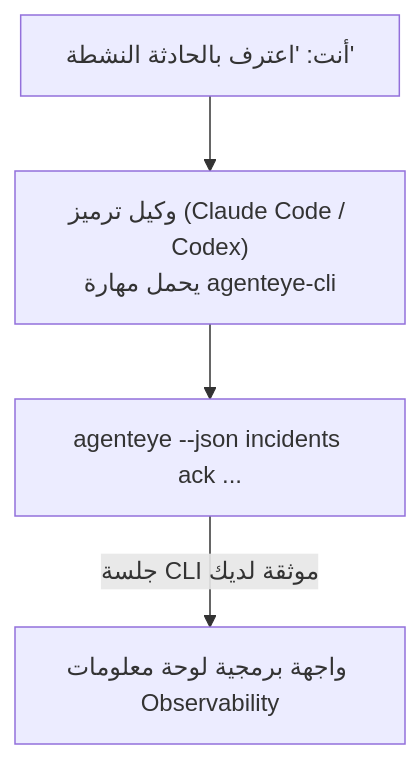
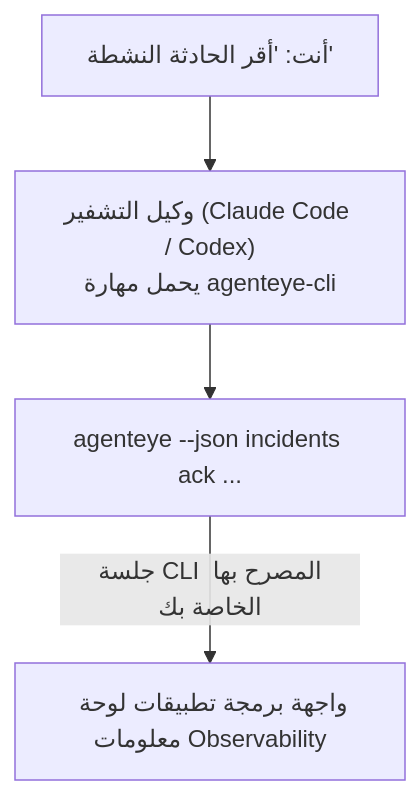
The diagram in docs/ar/agenteye/cli-skill.mdx (FailproofAI/failproofai), drawn with Mermaid before and after one commit. The commit also changed other lines of this file and 678 other files, not shown here.

````diff
--- a/docs/ar/agenteye/cli-skill.mdx
+++ b/docs/ar/agenteye/cli-skill.mdx
@@ -29,6 +29,6 @@
 ```mermaid
 flowchart TD
-    YOU["أنت: 'اعترف بالحادثة النشطة'"] --> AGENT["وكيل ترميز (Claude Code / Codex)<br/>يحمل مهارة agenteye-cli"]
+    YOU["أنت: 'أقر الحادثة النشطة'"] --> AGENT["وكيل التشفير (Claude Code / Codex)<br/>يحمل مهارة agenteye-cli"]
     AGENT --> CLI["agenteye --json incidents ack ..."]
-    CLI -->|جلسة CLI موثقة لديك| API["واجهة برمجية لوحة معلومات Observability"]
+    CLI -->|جلسة CLI المصرح بها الخاصة بك| API["واجهة برمجة تطبيقات لوحة معلومات Observability"]
 ```
````
